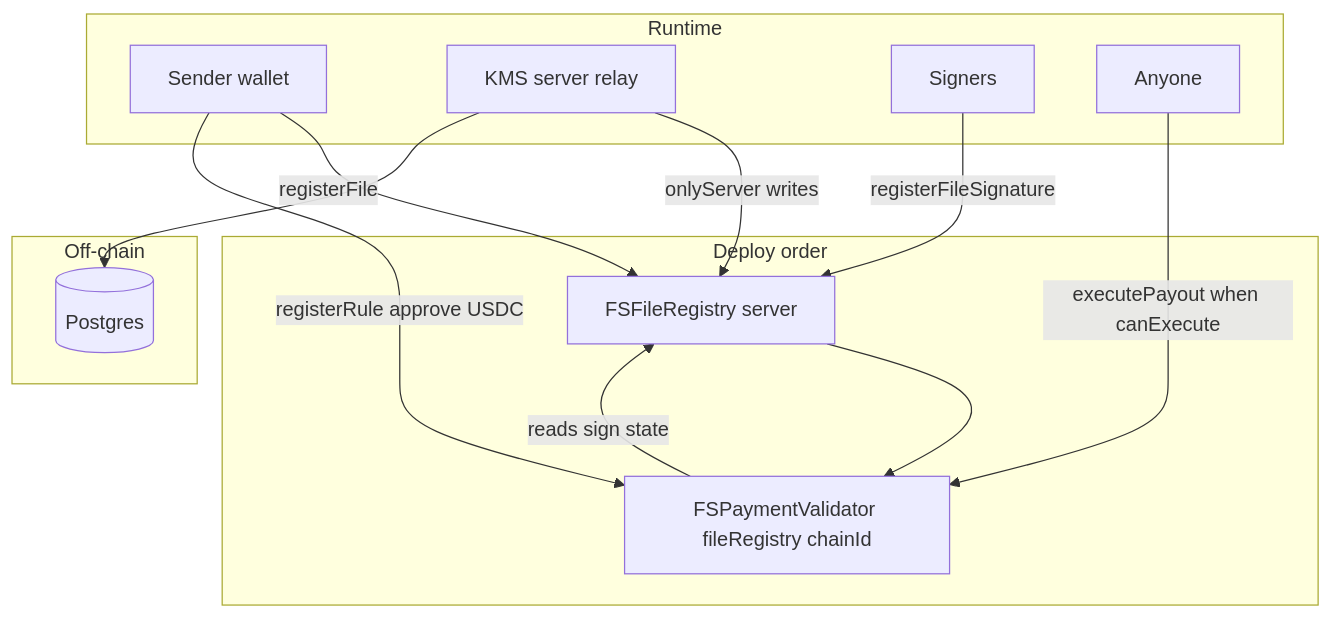
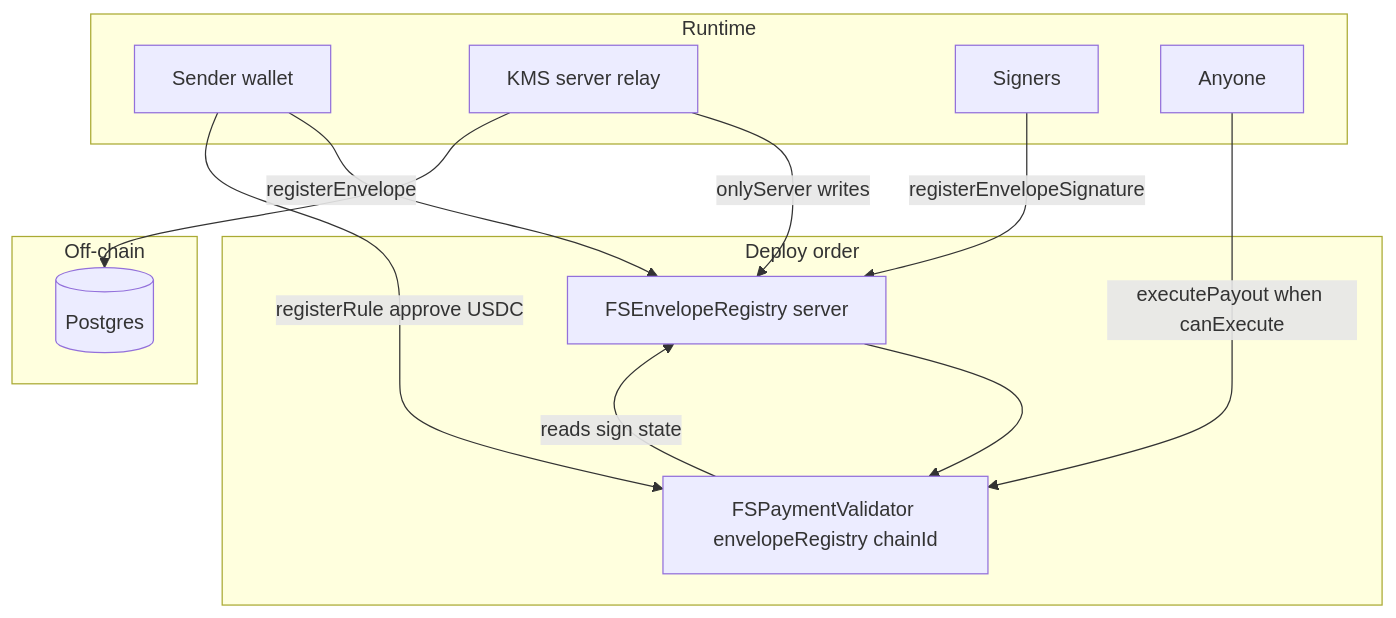
The diagram in apps/contracts/ARCHITECTURE.md (filosign-dapp/filosign), drawn with Mermaid before and after one commit. The commit also changed other lines of this file and 4 other files, not shown here.

Commit message:
[ENVELOPE REGISTRY] - Contracts (apps/contracts): Update contracts docs and local configuration definitions

````diff
--- a/apps/contracts/ARCHITECTURE.md
+++ b/apps/contracts/ARCHITECTURE.md
@@ -17,24 +17,24 @@
 ```mermaid
 flowchart TB
   subgraph deploy [Deploy order]
-    FR[FSFileRegistry server]
-    PV[FSPaymentValidator fileRegistry chainId]
+    FR[FSEnvelopeRegistry server]
+    PV[FSPaymentValidator envelopeRegistry chainId]
     FR --> PV
   end
   subgraph runtime [Runtime]
     Sender[Sender wallet]
     Relay[KMS server relay]
     Signers[Signers]
     Anyone[Anyone]
-    Sender -->|registerFile| FR
-    Signers -->|registerFileSignature| FR
+    Sender -->|registerEnvelope| FR
+    Signers -->|registerEnvelopeSignature| FR
     Relay -->|onlyServer writes| FR
     Sender -->|registerRule approve USDC| PV
     Anyone -->|executePayout when canExecute| PV
     PV -->|reads sign state| FR
   end
   subgraph offchain [Off-chain]
     DB[(Postgres)]
     Relay --> DB
   end
 ```
````
